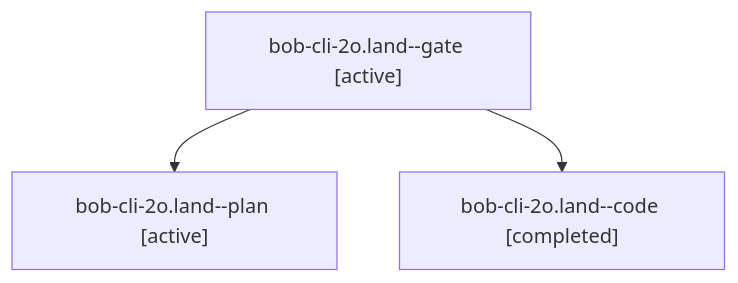
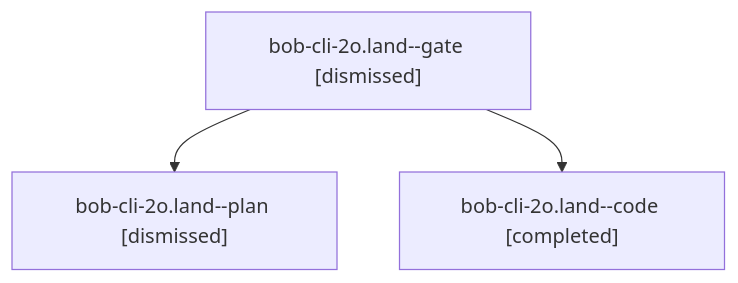
Before and after one commit to bobs-org/bob-cli--agents: the diagram in sessions/bbugyi200.apollo.bob-cli-2o.land.md, drawn with Mermaid. The commit also changed other lines of this file and 135 other files, not shown here.

````diff
--- a/sessions/bbugyi200.apollo.bob-cli-2o.land.md
+++ b/sessions/bbugyi200.apollo.bob-cli-2o.land.md
@@ -9,8 +9,8 @@
 ```mermaid
 flowchart TD
-  n0["bob-cli-2o.land--gate [active]"]
-  n1["bob-cli-2o.land--plan [active]"]
+  n0["bob-cli-2o.land--gate [dismissed]"]
+  n1["bob-cli-2o.land--plan [dismissed]"]
   n0 --> n1
   n2["bob-cli-2o.land--code [completed]"]
   n0 --> n2
 ```
````
